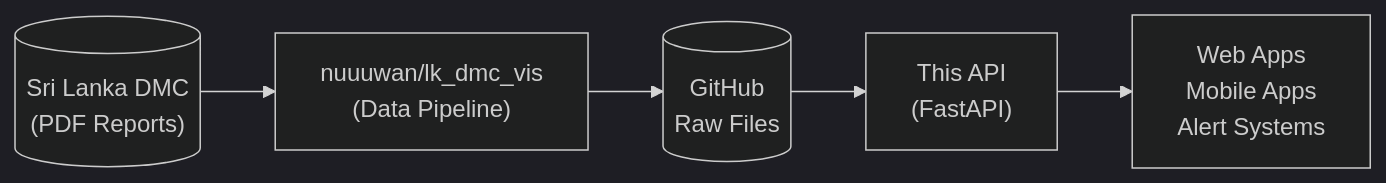
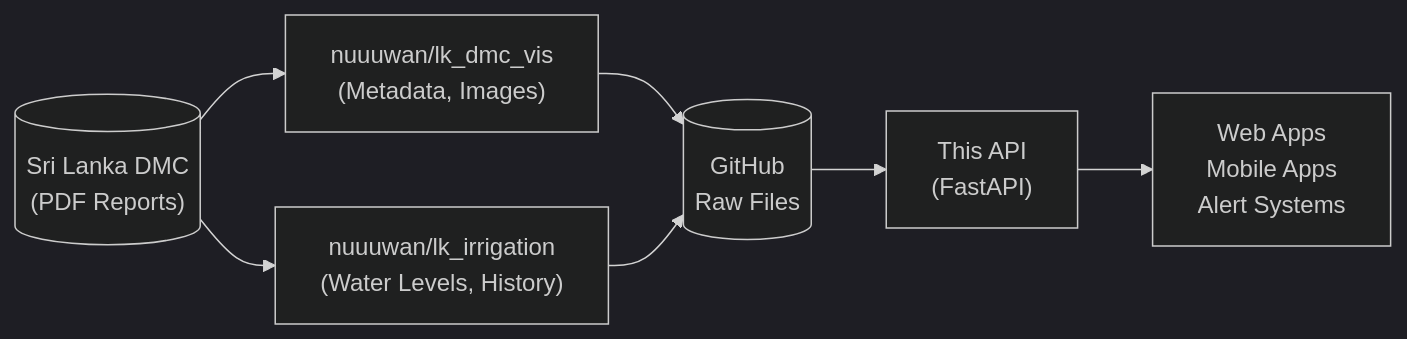
One commit to yrangana/lk_flood_api changed the diagram in README.md. Above: the diagram before and after it, drawn with Mermaid (dark theme). The commit also changed other lines of this file and 4 other files, not shown here.

First line of the commit message:
Add lk_irrigation integration for fresher water levels and Chart.js charts

````diff
--- a/README.md
+++ b/README.md
@@ -31,13 +31,16 @@
 ```mermaid
 flowchart LR
     DMC[("Sri Lanka DMC
-    (PDF Reports)")] --> Pipeline
-    Pipeline["nuuuwan/lk_dmc_vis
-    (Data Pipeline)"] --> GitHub[("GitHub
+    (PDF Reports)")] --> Pipeline1
+    DMC --> Pipeline2
+    Pipeline1["nuuuwan/lk_dmc_vis
+    (Metadata, Images)"] --> GitHub[("GitHub
     Raw Files")]
+    Pipeline2["nuuuwan/lk_irrigation
+    (Water Levels, History)"] --> GitHub
     GitHub --> API["This API
     (FastAPI)"]
     API --> Apps["Web Apps
     Mobile Apps
     Alert Systems"]
 ```
````
